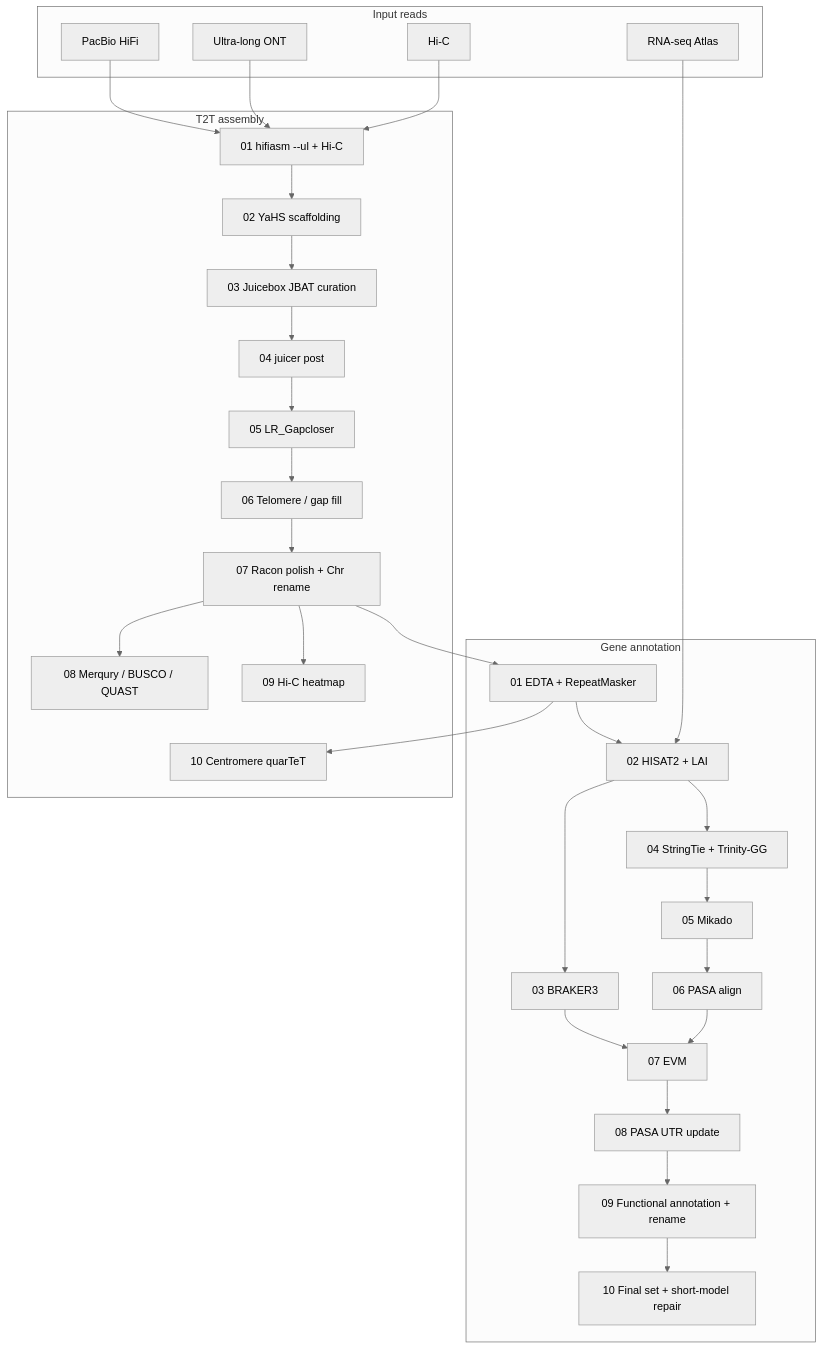
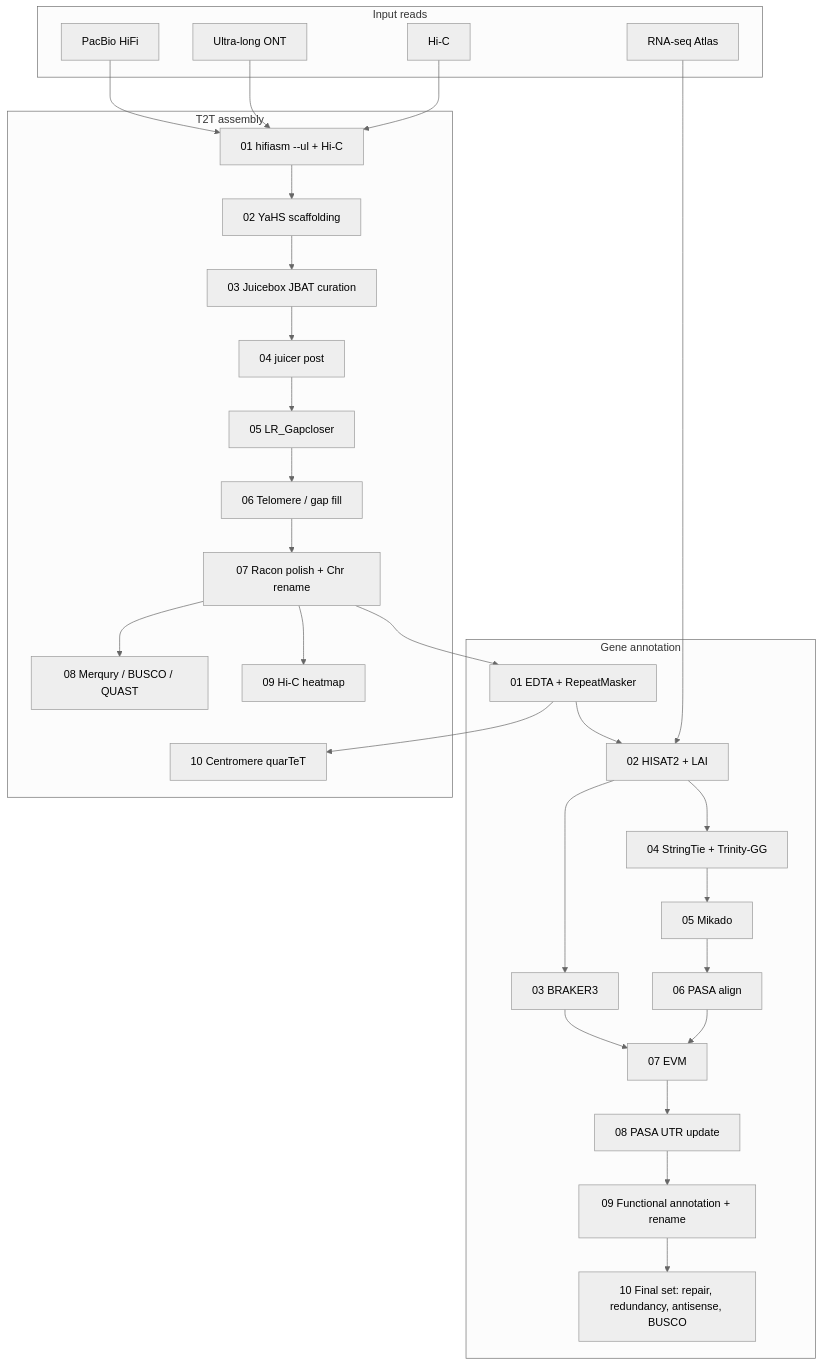
One commit to sibs-zz/soybean_assembly_annotation changed the diagram in README.md. Above: the diagram before and after it, drawn with Mermaid (neutral theme). The commit also changed other lines of this file and 1 other file, not shown here.

Commit message:
Show the final annotation filters in the overview flowcharts.

````diff
--- a/README.md
+++ b/README.md
@@ -13,47 +13,47 @@
 ```mermaid
 flowchart TD
   subgraph reads["Input reads"]
     HiFi["PacBio HiFi"]
     ONT["Ultra-long ONT"]
     HiC["Hi-C"]
     RNA["RNA-seq Atlas"]
   end
 
   subgraph asm["T2T assembly"]
     A01["01 hifiasm --ul + Hi-C"]
     A02["02 YaHS scaffolding"]
     A03["03 Juicebox JBAT curation"]
     A04["04 juicer post"]
     A05["05 LR_Gapcloser"]
     A06["06 Telomere / gap fill"]
     A07["07 Racon polish + Chr rename"]
     A08["08 Merqury / BUSCO / QUAST"]
     A09["09 Hi-C heatmap"]
     A10["10 Centromere quarTeT"]
   end
 
   subgraph ann["Gene annotation"]
     N01["01 EDTA + RepeatMasker"]
     N02["02 HISAT2 + LAI"]
     N03["03 BRAKER3"]
     N04["04 StringTie + Trinity-GG"]
     N05["05 Mikado"]
     N06["06 PASA align"]
     N07["07 EVM"]
     N08["08 PASA UTR update"]
     N09["09 Functional annotation + rename"]
-    N10["10 Final set + short-model repair"]
+    N10["10 Final set: repair, redundancy, antisense, BUSCO"]
   end
 
   HiFi --> A01
   ONT --> A01
   HiC --> A01
   A01 --> A02 --> A03 --> A04 --> A05 --> A06 --> A07
   A07 --> A08
   A07 --> A09
   N01 --> A10
   A07 --> N01 --> N02 --> N03
   RNA --> N02
   N02 --> N04 --> N05 --> N06 --> N07 --> N08 --> N09 --> N10
   N03 --> N07
 ```
````
